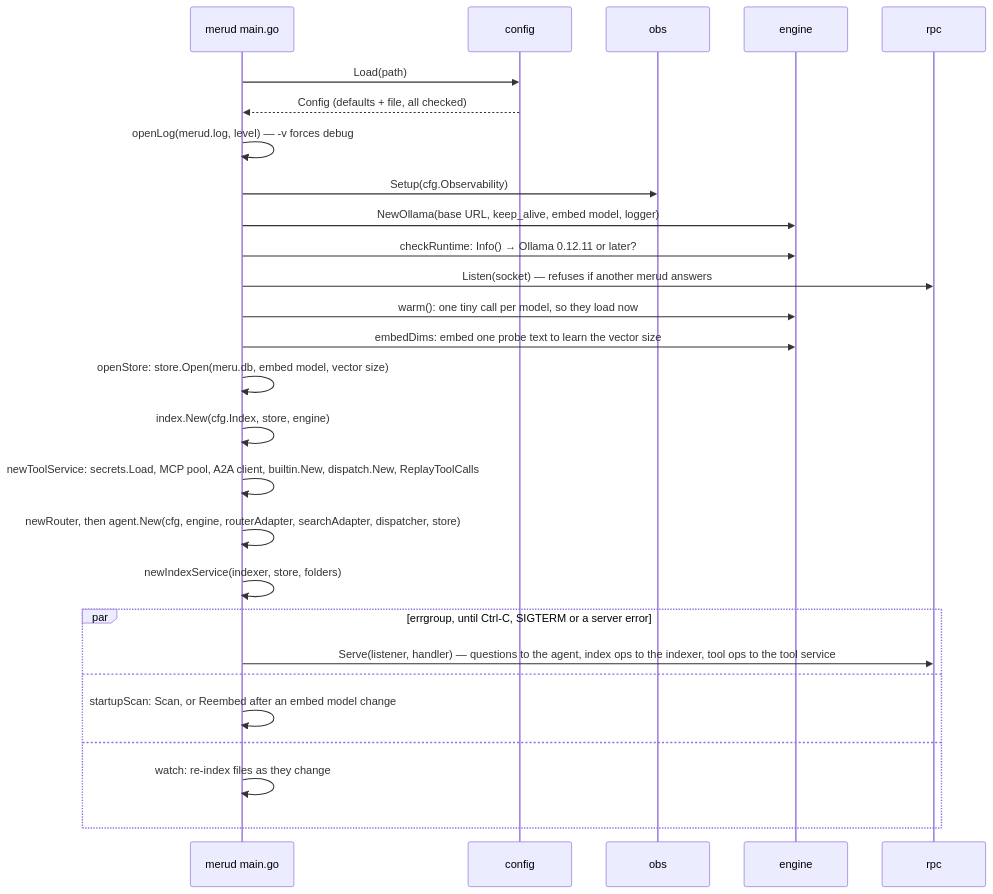
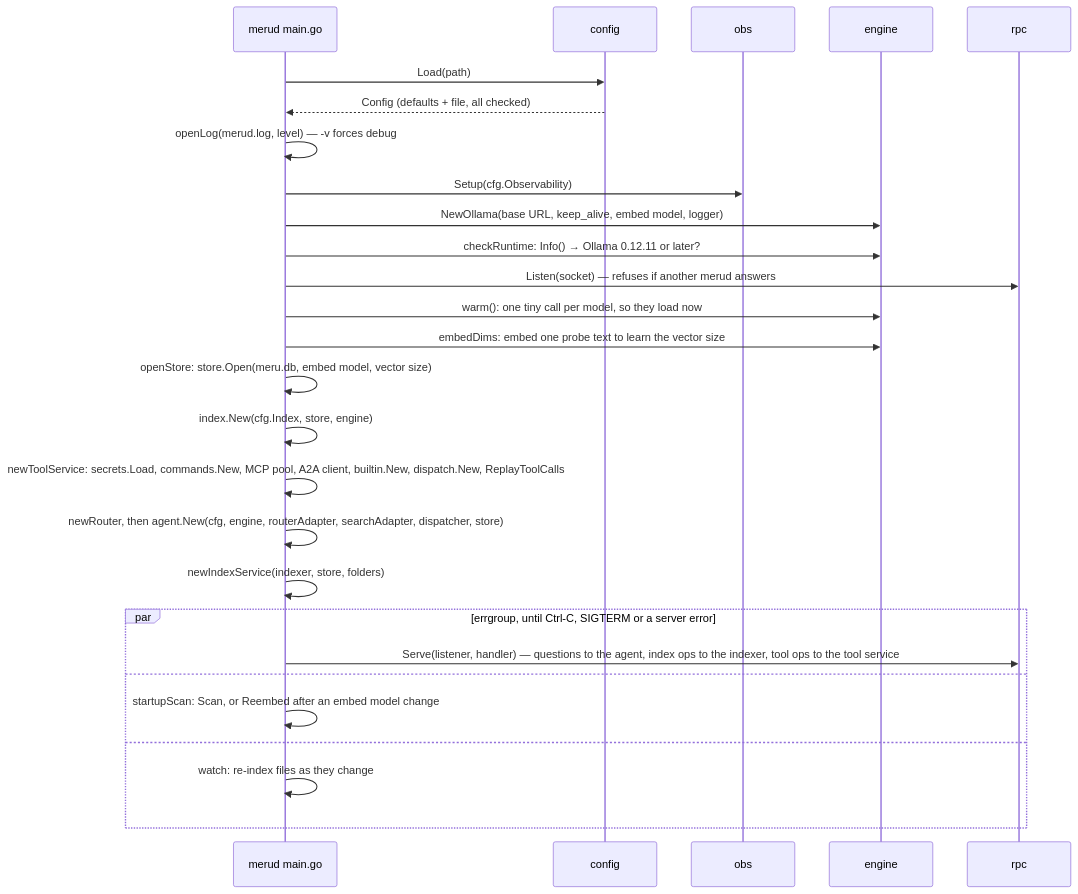
The second of 3 diagrams in docs/lld.md (aarora79/meru), drawn with Mermaid before and after one commit. The commit also changed other lines of this file and 57 other files, not shown here.

````diff
--- a/docs/lld.md
+++ b/docs/lld.md
@@ -377,30 +385,30 @@
 ```mermaid
 sequenceDiagram
     participant M as merud main.go
     participant C as config
     participant O as obs
     participant E as engine
     participant R as rpc
 
     M->>C: Load(path)
     C-->>M: Config (defaults + file, all checked)
     M->>M: openLog(merud.log, level) — -v forces debug
     M->>O: Setup(cfg.Observability)
     M->>E: NewOllama(base URL, keep_alive, embed model, logger)
     M->>E: checkRuntime: Info() → Ollama 0.12.11 or later?
     M->>R: Listen(socket) — refuses if another merud answers
     M->>E: warm(): one tiny call per model, so they load now
     M->>E: embedDims: embed one probe text to learn the vector size
     M->>M: openStore: store.Open(meru.db, embed model, vector size)
     M->>M: index.New(cfg.Index, store, engine)
-    M->>M: newToolService: secrets.Load, MCP pool, A2A client, builtin.New, dispatch.New, ReplayToolCalls
+    M->>M: newToolService: secrets.Load, commands.New, MCP pool, A2A client, builtin.New, dispatch.New, ReplayToolCalls
     M->>M: newRouter, then agent.New(cfg, engine, routerAdapter, searchAdapter, dispatcher, store)
     M->>M: newIndexService(indexer, store, folders)
     par errgroup, until Ctrl-C, SIGTERM or a server error
         M->>R: Serve(listener, handler) — questions to the agent, index ops to the indexer, tool ops to the tool service
     and
         M->>M: startupScan: Scan, or Reembed after an embed model change
     and
         M->>M: watch: re-index files as they change
     end
 ```
````
